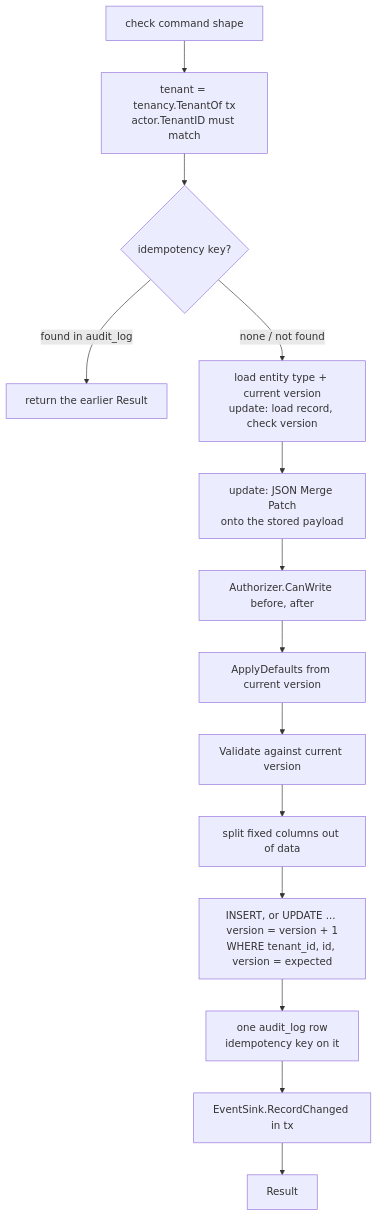
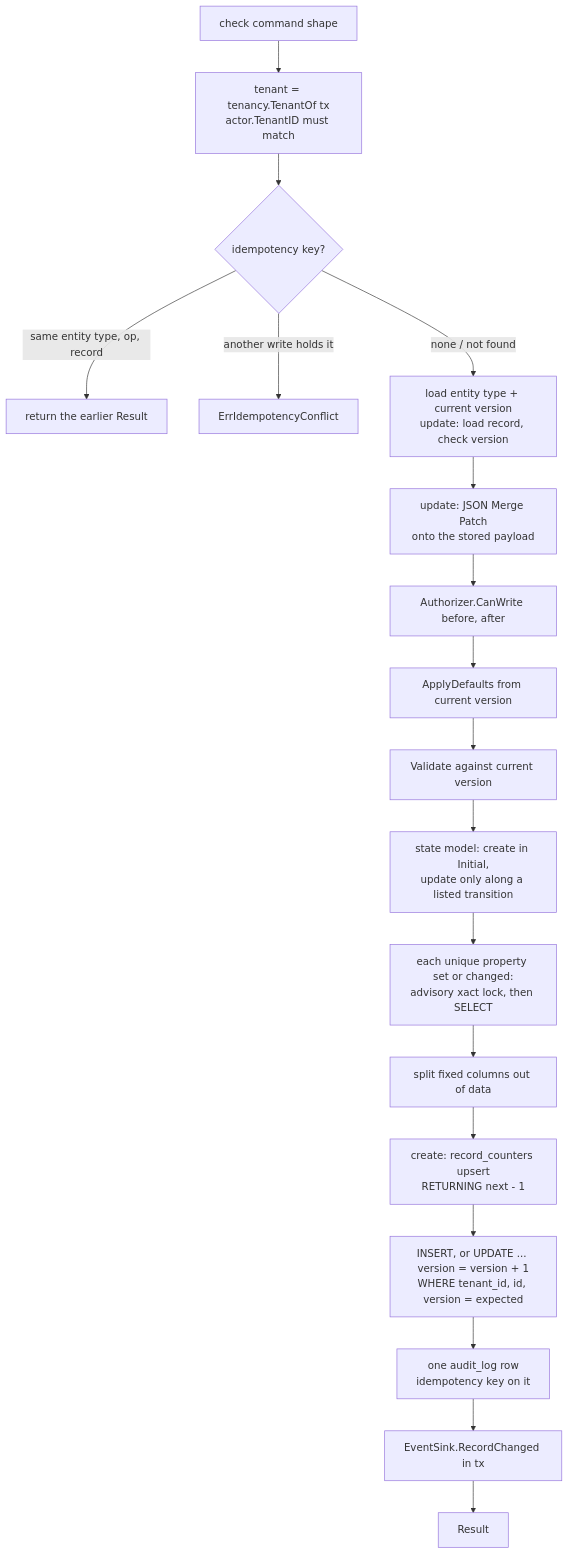
The diagram in docs/architecture/record-write-pipeline.md (Navaladi2019/TicketingSystem), drawn with Mermaid before and after one commit. The commit also changed other lines of this file and 15 other files, not shown here.

First line of the commit message:
P3-11: per-tenant numbering, state transitions, unique properties (TICK-355)

````diff
--- a/docs/architecture/record-write-pipeline.md
+++ b/docs/architecture/record-write-pipeline.md
@@ -15,16 +15,20 @@
 ```mermaid
 flowchart TD
     A[check command shape] --> B[tenant = tenancy.TenantOf tx<br/>actor.TenantID must match]
     B --> C{idempotency key?}
-    C -- found in audit_log --> R[return the earlier Result]
+    C -- same entity type, op, record --> R[return the earlier Result]
+    C -- another write holds it --> X[ErrIdempotencyConflict]
     C -- none / not found --> D[load entity type + current version<br/>update: load record, check version]
     D --> E[update: JSON Merge Patch<br/>onto the stored payload]
     E --> F[Authorizer.CanWrite before, after]
     F --> G[ApplyDefaults from current version]
     G --> H[Validate against current version]
-    H --> I[split fixed columns out of data]
-    I --> J[INSERT, or UPDATE ... version = version + 1<br/>WHERE tenant_id, id, version = expected]
+    H --> S[state model: create in Initial,<br/>update only along a listed transition]
+    S --> U[each unique property set or changed:<br/>advisory xact lock, then SELECT]
+    U --> I[split fixed columns out of data]
+    I --> N[create: record_counters upsert<br/>RETURNING next - 1]
+    N --> J[INSERT, or UPDATE ... version = version + 1<br/>WHERE tenant_id, id, version = expected]
     J --> K[one audit_log row<br/>idempotency key on it]
     K --> L[EventSink.RecordChanged in tx]
     L --> M[Result]
 ```
````
